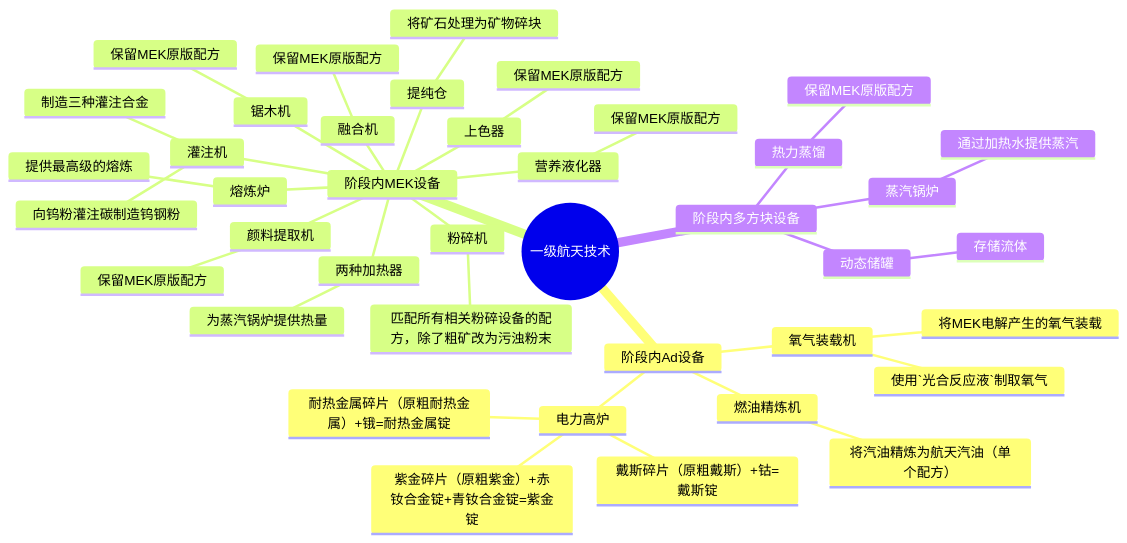
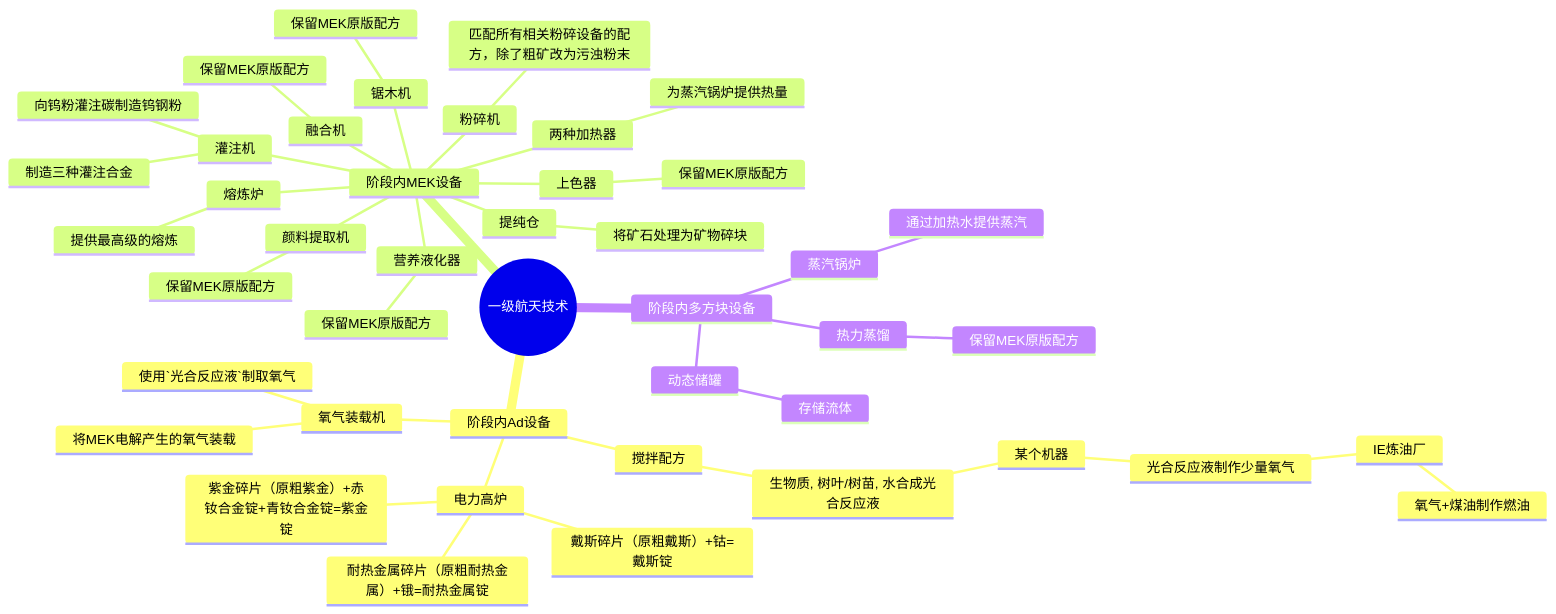
One commit to VechniMetel/CodeNameCIM2 changed the first of 2 diagrams in Developer/TechTreeMap.md. Above: the diagram before and after it, drawn with Mermaid. The commit also changed 20 other files, not shown here.

````diff
--- a/Developer/TechTreeMap.md
+++ b/Developer/TechTreeMap.md
@@ -2,43 +2,47 @@
 ``` mermaid
 mindmap
     root((一级航天技术))
         阶段内Ad设备
-            燃油精炼机
-                将汽油精炼为航天汽油（单个配方）
+            搅拌配方
+                生物质, 树叶/树苗, 水合成光合反应液
+                    某个机器
+                        光合反应液制作少量氧气
+                            IE炼油厂
+                                氧气+煤油制作燃油
             氧气装载机
                 使用`光合反应液`制取氧气
                 将MEK电解产生的氧气装载
             电力高炉
                 戴斯碎片（原粗戴斯）+钴=戴斯锭
                 紫金碎片（原粗紫金）+赤钕合金锭+青钕合金锭=紫金锭
                 耐热金属碎片（原粗耐热金属）+锇=耐热金属锭
         阶段内MEK设备
             提纯仓
                 将矿石处理为矿物碎块
             灌注机
                 向钨粉灌注碳制造钨钢粉
                 制造三种灌注合金
             熔炼炉
                 提供最高级的熔炼
             锯木机
                 保留MEK原版配方
             营养液化器
                 保留MEK原版配方
             粉碎机
                 匹配所有相关粉碎设备的配方，除了粗矿改为污浊粉末
             融合机
                 保留MEK原版配方
             颜料提取机
                 保留MEK原版配方
             上色器
                 保留MEK原版配方
             两种加热器
                 为蒸汽锅炉提供热量
         阶段内多方块设备
             蒸汽锅炉
                 通过加热水提供蒸汽
             动态储罐
                 存储流体
             热力蒸馏
                 保留MEK原版配方
 ```
````
